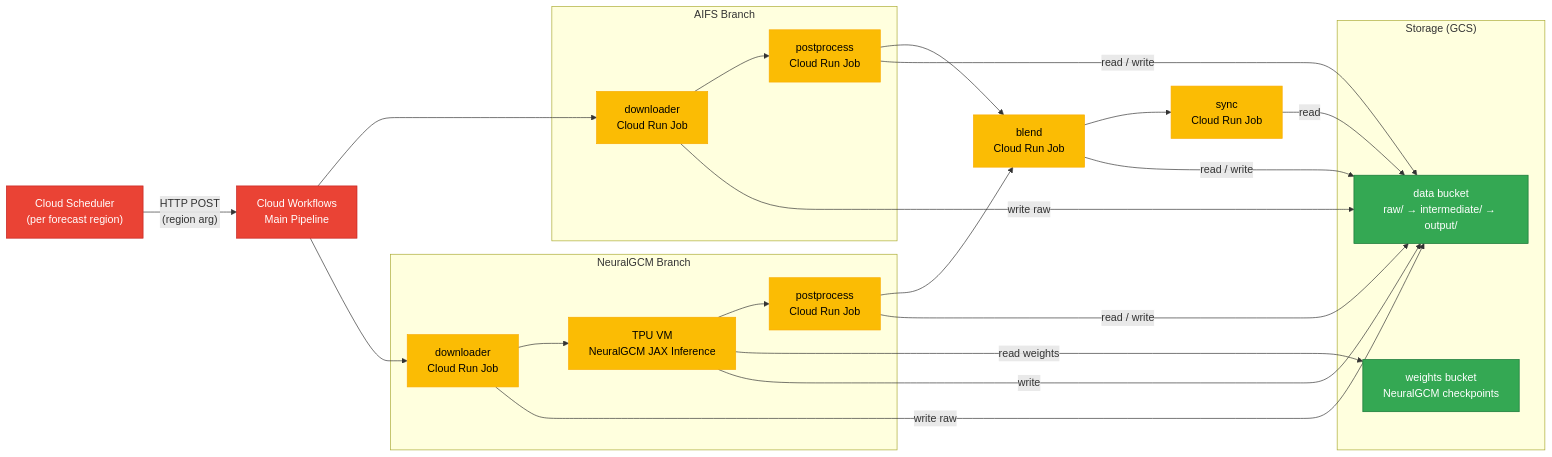
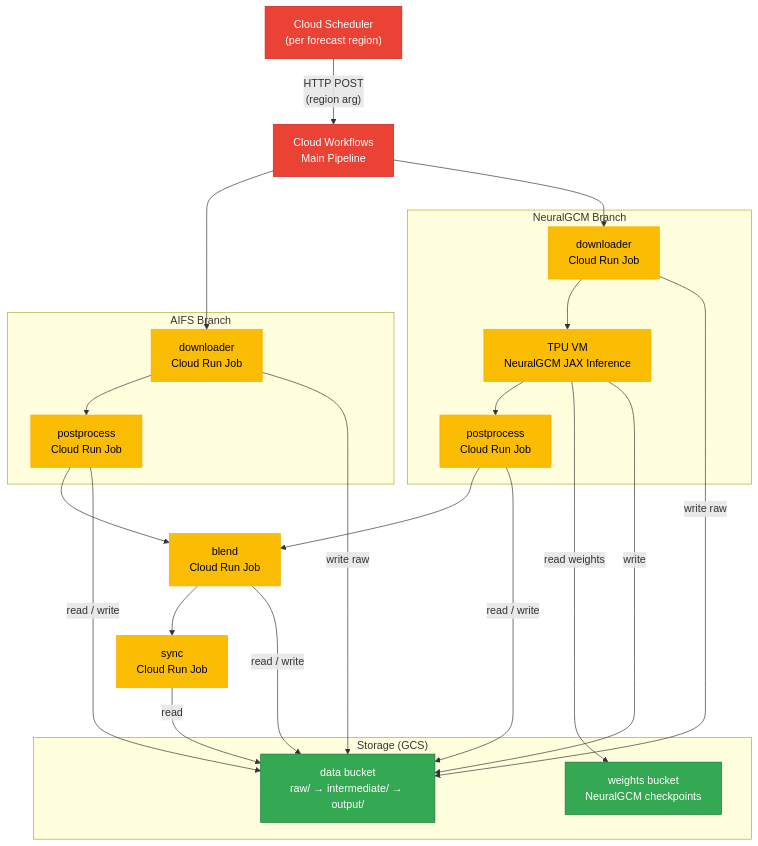
The diagram in CLOUD_ARCHITECTURE.md (envfluids/monsoon-onset), drawn with Mermaid before and after one commit.

Commit message:
top down

````diff
--- a/CLOUD_ARCHITECTURE.md
+++ b/CLOUD_ARCHITECTURE.md
@@ -5,57 +5,57 @@
 ```mermaid
-graph LR
+graph TD
     Sched["Cloud Scheduler\n(per forecast region)"]
     Workflow["Cloud Workflows\nMain Pipeline"]
 
     subgraph "AIFS Branch"
         AIFSDownload["downloader\nCloud Run Job"]
         AIFSPostprocess["postprocess\nCloud Run Job"]
     end
 
     subgraph "NeuralGCM Branch"
         NGCMDownload["downloader\nCloud Run Job"]
         TPU["TPU VM\nNeuralGCM JAX Inference"]
         NGCMPostprocess["postprocess\nCloud Run Job"]
     end
 
     Blend["blend\nCloud Run Job"]
     Sync["sync\nCloud Run Job"]
 
     subgraph "Storage (GCS)"
         MainBucket["data bucket\nraw/ → intermediate/ → output/"]
         WeightsBucket["weights bucket\nNeuralGCM checkpoints"]
     end
 
     %% Orchestration
     Sched -- "HTTP POST\n(region arg)" --> Workflow
     Workflow --> AIFSDownload
     Workflow --> NGCMDownload
 
     %% AIFS branch
     AIFSDownload --> AIFSPostprocess
 
     %% NeuralGCM branch
     NGCMDownload --> TPU
     TPU --> NGCMPostprocess
 
     %% Converge
     AIFSPostprocess --> Blend
     NGCMPostprocess --> Blend
     Blend --> Sync
 
     %% Data flow
     AIFSDownload & NGCMDownload -- "write raw" --> MainBucket
     TPU -- "read weights" --> WeightsBucket
     TPU -- "write" --> MainBucket
     AIFSPostprocess & NGCMPostprocess -- "read / write" --> MainBucket
     Blend -- "read / write" --> MainBucket
     Sync -- "read" --> MainBucket
 
 classDef storage fill:#34a853,color:#fff,stroke:#137333
 classDef compute fill:#fbbc04,color:#000,stroke:#f9ab00
 classDef orchestration fill:#ea4335,color:#fff,stroke:#c5221f
 
 class Sched,Workflow orchestration
 class AIFSDownload,AIFSPostprocess,NGCMDownload,TPU,NGCMPostprocess,Blend,Sync compute
 class MainBucket,WeightsBucket storage
 ```
````
